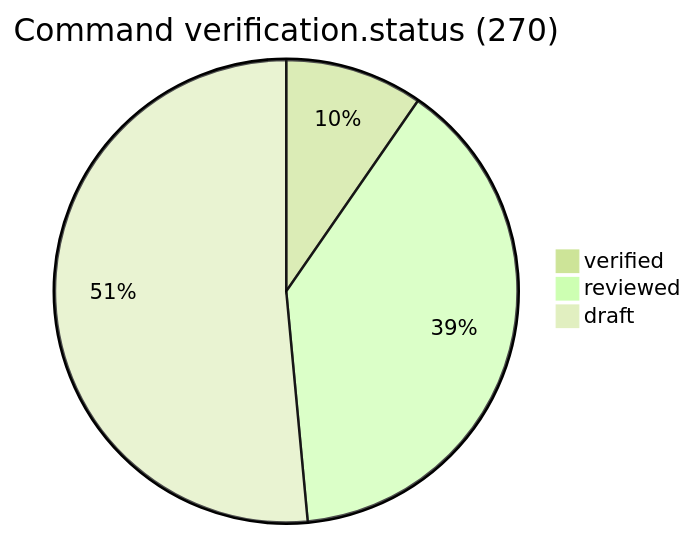
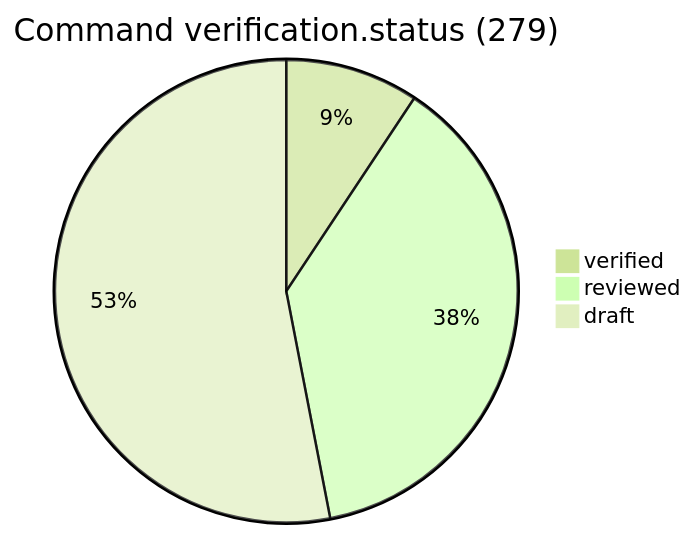
Before and after one commit to Teknoloji-Filozoflari/Nova-Commands: the first of 8 diagrams in README.md, drawn with Mermaid (forest theme). The commit also changed other lines of this file and 24 other files, not shown here.

````diff
--- a/README.md
+++ b/README.md
@@ -50,6 +50,6 @@
 ```mermaid
-pie title Command verification.status (270)
+pie title Command verification.status (279)
   "verified" : 26
   "reviewed" : 105
-  "draft" : 139
+  "draft" : 148
 ```
````
